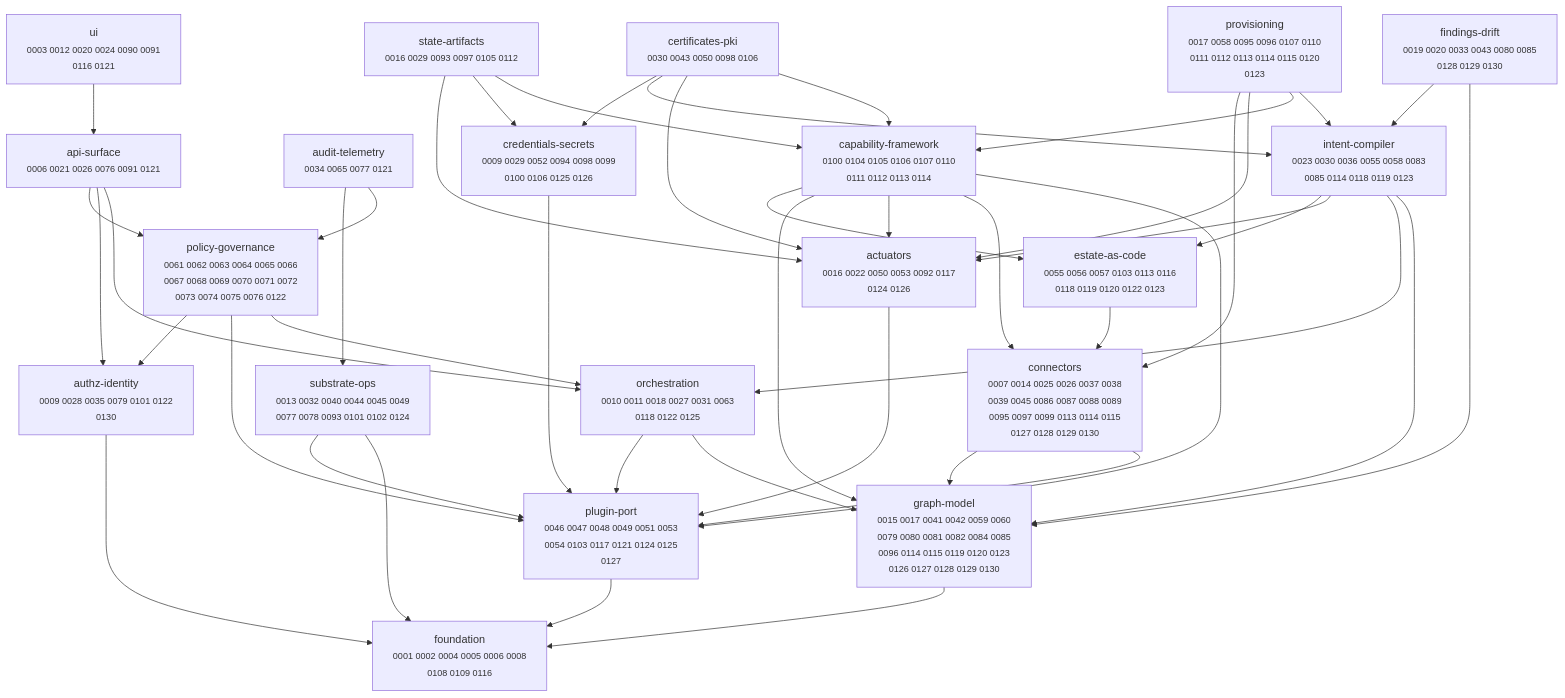
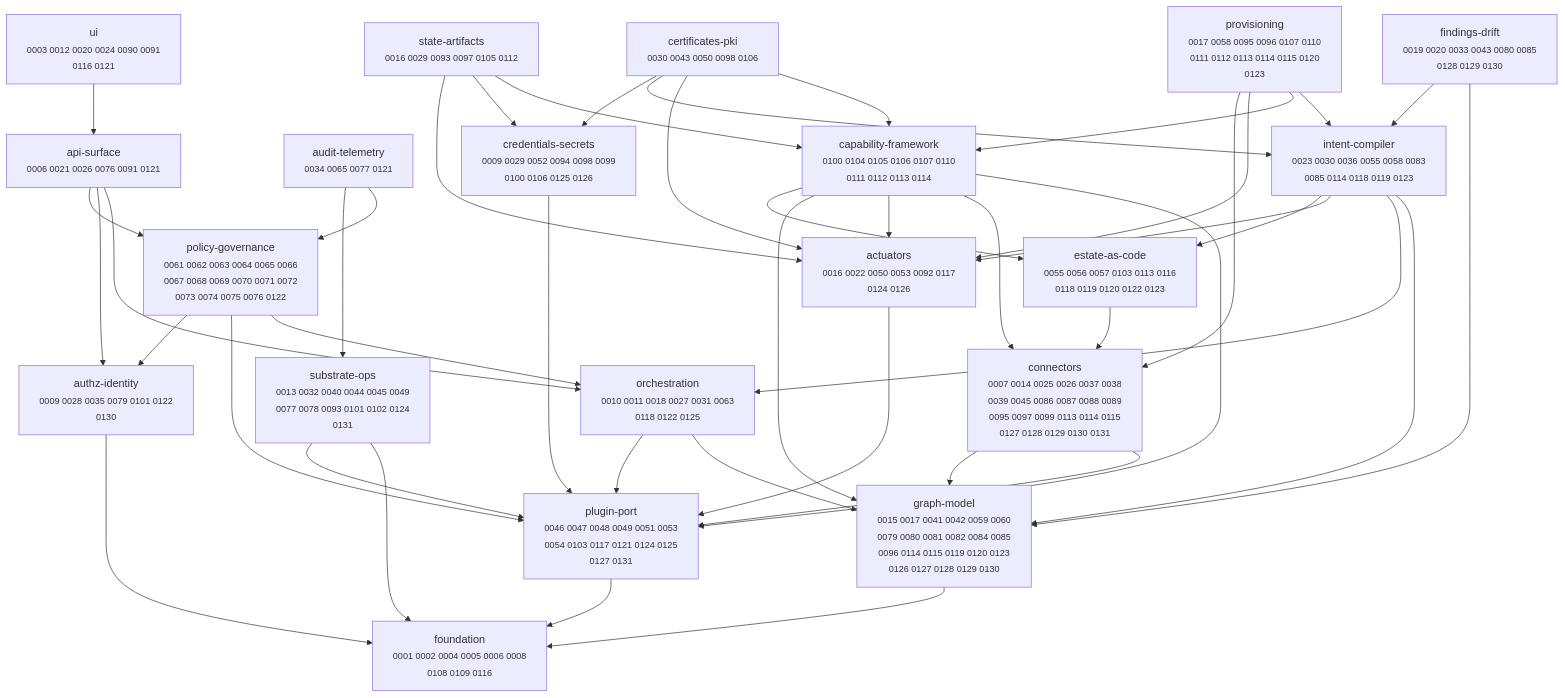
The diagram in docs/adr/MAP.md (dstout-devops/stratt), drawn with Mermaid before and after one commit. The commit also changed other lines of this file and 11 other files, not shown here.

````diff
--- a/docs/adr/MAP.md
+++ b/docs/adr/MAP.md
@@ -11,67 +11,67 @@
 ```mermaid
 graph TD
   actuators["actuators<br/><small>0016 0022 0050 0053 0092 0117<br/>0124 0126</small>"]
   api_surface["api-surface<br/><small>0006 0021 0026 0076 0091 0121</small>"]
   audit_telemetry["audit-telemetry<br/><small>0034 0065 0077 0121</small>"]
   authz_identity["authz-identity<br/><small>0009 0028 0035 0079 0101 0122<br/>0130</small>"]
   capability_framework["capability-framework<br/><small>0100 0104 0105 0106 0107 0110<br/>0111 0112 0113 0114</small>"]
   certificates_pki["certificates-pki<br/><small>0030 0043 0050 0098 0106</small>"]
-  connectors["connectors<br/><small>0007 0014 0025 0026 0037 0038<br/>0039 0045 0086 0087 0088 0089<br/>0095 0097 0099 0113 0114 0115<br/>0127 0128 0129 0130</small>"]
+  connectors["connectors<br/><small>0007 0014 0025 0026 0037 0038<br/>0039 0045 0086 0087 0088 0089<br/>0095 0097 0099 0113 0114 0115<br/>0127 0128 0129 0130 0131</small>"]
   credentials_secrets["credentials-secrets<br/><small>0009 0029 0052 0094 0098 0099<br/>0100 0106 0125 0126</small>"]
   estate_as_code["estate-as-code<br/><small>0055 0056 0057 0103 0113 0116<br/>0118 0119 0120 0122 0123</small>"]
   findings_drift["findings-drift<br/><small>0019 0020 0033 0043 0080 0085<br/>0128 0129 0130</small>"]
   foundation["foundation<br/><small>0001 0002 0004 0005 0006 0008<br/>0108 0109 0116</small>"]
   graph_model["graph-model<br/><small>0015 0017 0041 0042 0059 0060<br/>0079 0080 0081 0082 0084 0085<br/>0096 0114 0115 0119 0120 0123<br/>0126 0127 0128 0129 0130</small>"]
   intent_compiler["intent-compiler<br/><small>0023 0030 0036 0055 0058 0083<br/>0085 0114 0118 0119 0123</small>"]
   orchestration["orchestration<br/><small>0010 0011 0018 0027 0031 0063<br/>0118 0122 0125</small>"]
-  plugin_port["plugin-port<br/><small>0046 0047 0048 0049 0051 0053<br/>0054 0103 0117 0121 0124 0125<br/>0127</small>"]
+  plugin_port["plugin-port<br/><small>0046 0047 0048 0049 0051 0053<br/>0054 0103 0117 0121 0124 0125<br/>0127 0131</small>"]
   policy_governance["policy-governance<br/><small>0061 0062 0063 0064 0065 0066<br/>0067 0068 0069 0070 0071 0072<br/>0073 0074 0075 0076 0122</small>"]
   provisioning["provisioning<br/><small>0017 0058 0095 0096 0107 0110<br/>0111 0112 0113 0114 0115 0120<br/>0123</small>"]
   state_artifacts["state-artifacts<br/><small>0016 0029 0093 0097 0105 0112</small>"]
-  substrate_ops["substrate-ops<br/><small>0013 0032 0040 0044 0045 0049<br/>0077 0078 0093 0101 0102 0124</small>"]
+  substrate_ops["substrate-ops<br/><small>0013 0032 0040 0044 0045 0049<br/>0077 0078 0093 0101 0102 0124<br/>0131</small>"]
   ui["ui<br/><small>0003 0012 0020 0024 0090 0091<br/>0116 0121</small>"]
 
   actuators --> plugin_port
   api_surface --> orchestration
   api_surface --> authz_identity
   api_surface --> policy_governance
   audit_telemetry --> policy_governance
   audit_telemetry --> substrate_ops
   authz_identity --> foundation
   capability_framework --> plugin_port
   capability_framework --> connectors
   capability_framework --> actuators
   capability_framework --> graph_model
   capability_framework --> estate_as_code
   certificates_pki --> capability_framework
   certificates_pki --> actuators
   certificates_pki --> intent_compiler
   certificates_pki --> credentials_secrets
   connectors --> plugin_port
   connectors --> graph_model
   credentials_secrets --> plugin_port
   estate_as_code --> connectors
   findings_drift --> graph_model
   findings_drift --> intent_compiler
   graph_model --> foundation
   intent_compiler --> graph_model
   intent_compiler --> orchestration
   intent_compiler --> actuators
   intent_compiler --> estate_as_code
   orchestration --> graph_model
   orchestration --> plugin_port
   plugin_port --> foundation
   policy_governance --> orchestration
   policy_governance --> plugin_port
   policy_governance --> authz_identity
   provisioning --> intent_compiler
   provisioning --> capability_framework
   provisioning --> actuators
   provisioning --> connectors
   state_artifacts --> capability_framework
   state_artifacts --> credentials_secrets
   state_artifacts --> actuators
   substrate_ops --> foundation
   substrate_ops --> plugin_port
   ui --> api_surface
 ```
````
